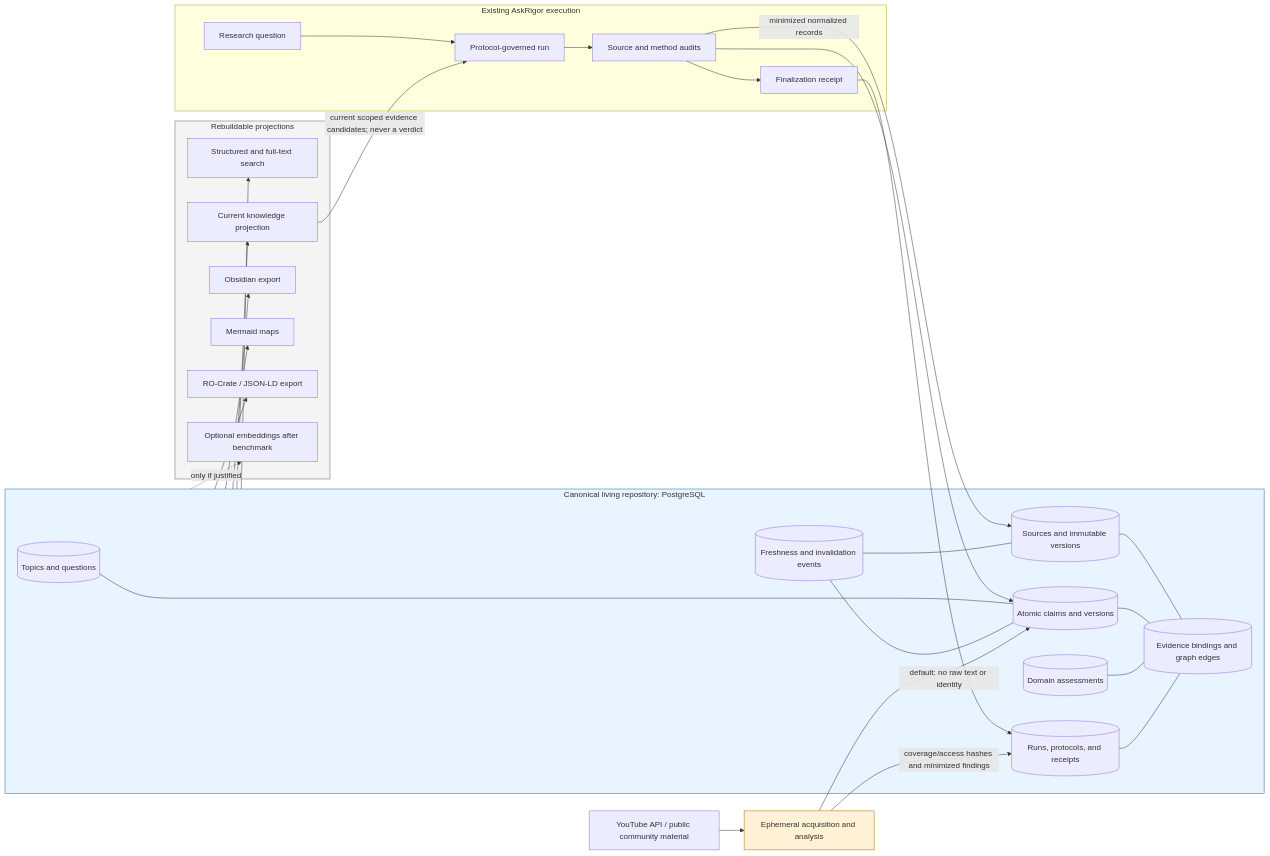
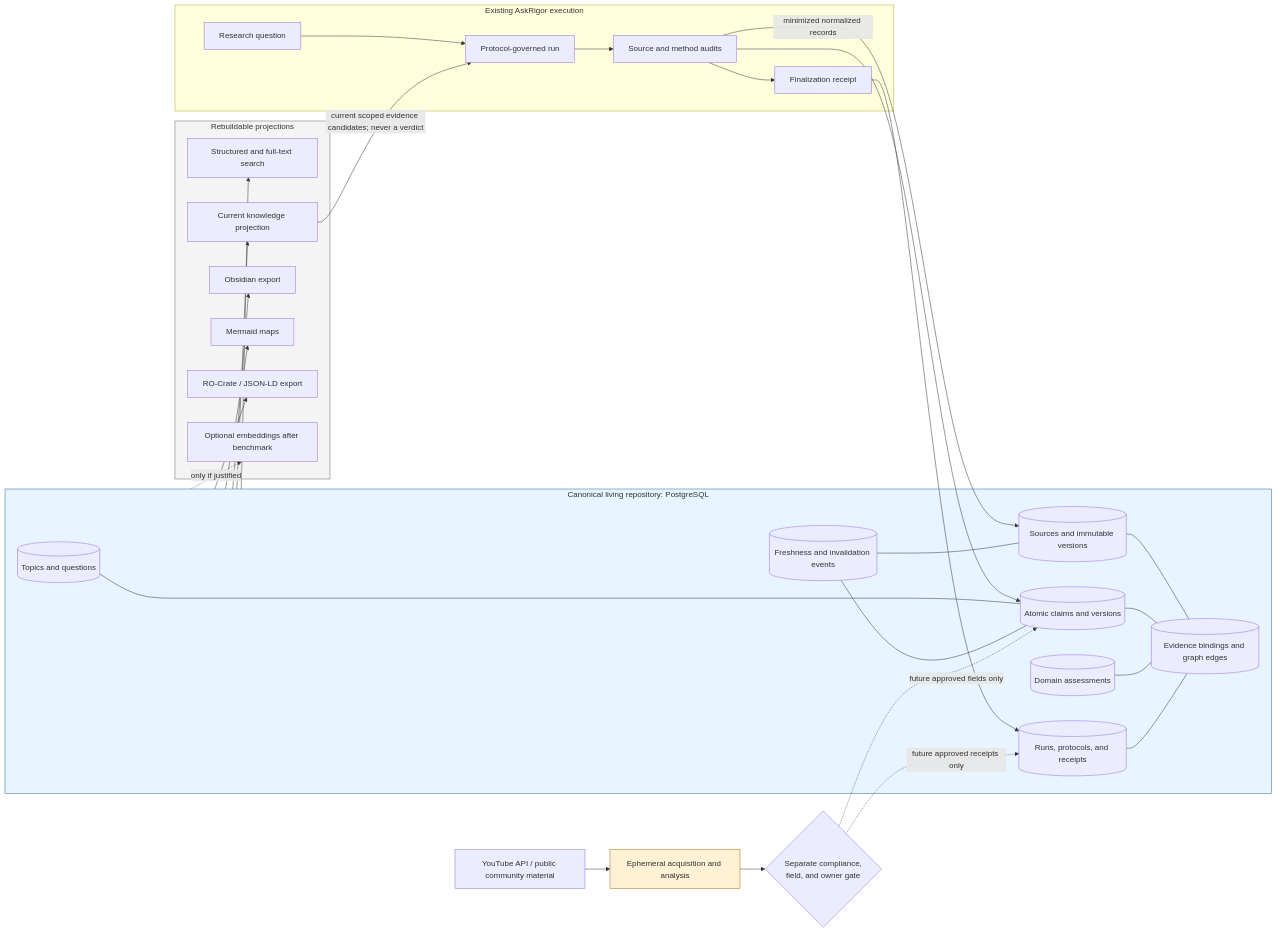
One commit to u-dont-existDOTcom/AskRigor changed the first of 4 diagrams in docs/architecture/living-evidence-repository-map.md. Above: the diagram before and after it, drawn with Mermaid. The commit also changed other lines of this file and 32 other files, not shown here.

````diff
--- a/docs/architecture/living-evidence-repository-map.md
+++ b/docs/architecture/living-evidence-repository-map.md
@@ -14,58 +15,59 @@
 ```mermaid
 flowchart LR
     subgraph Existing[Existing AskRigor execution]
         Q[Research question]
         R[Protocol-governed run]
         A[Source and method audits]
         F[Finalization receipt]
         Q --> R --> A --> F
     end
 
     subgraph Canonical[Canonical living repository: PostgreSQL]
         T[(Topics and questions)]
         S[(Sources and immutable versions)]
         C[(Atomic claims and versions)]
         E[(Evidence bindings and graph edges)]
         M[(Domain assessments)]
         U[(Freshness and invalidation events)]
         P[(Runs, protocols, and receipts)]
     end
 
     subgraph Derived[Rebuildable projections]
         X[Structured and full-text search]
         V[Current knowledge projection]
         O[Obsidian export]
         G[Mermaid maps]
         RC[RO-Crate / JSON-LD export]
         EV[Optional embeddings after benchmark]
     end
 
     A -->|minimized normalized records| S
     A --> C
     F --> P
     T --- C
     S --- E
     C --- E
     M --- E
     U --- S
     U --- C
     P --- E
 
     Canonical --> X
     Canonical --> V
     Canonical --> O
     Canonical --> G
     Canonical --> RC
     Canonical -. only if justified .-> EV
     V -->|current scoped evidence candidates; never a verdict| R
 
     YT[YouTube API / public community material]
     EP[Ephemeral acquisition and analysis]
     YT --> EP
-    EP -->|default: no raw text or identity| C
-    EP -->|coverage/access hashes and minimized findings| P
+    EP --> Z{Separate compliance,<br/>field, and owner gate}
+    Z -. future approved fields only .-> C
+    Z -. future approved receipts only .-> P
 
     style Canonical fill:#e8f4ff,stroke:#2367a2
     style Derived fill:#f4f4f4,stroke:#666
     style EP fill:#fff1d6,stroke:#b36b00
 ```
````
